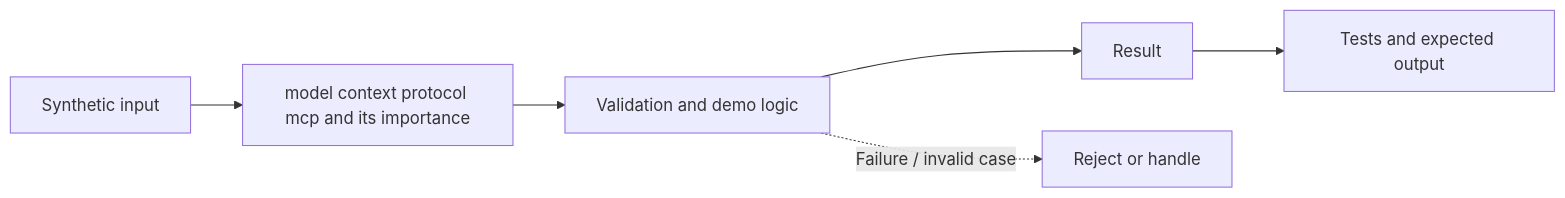
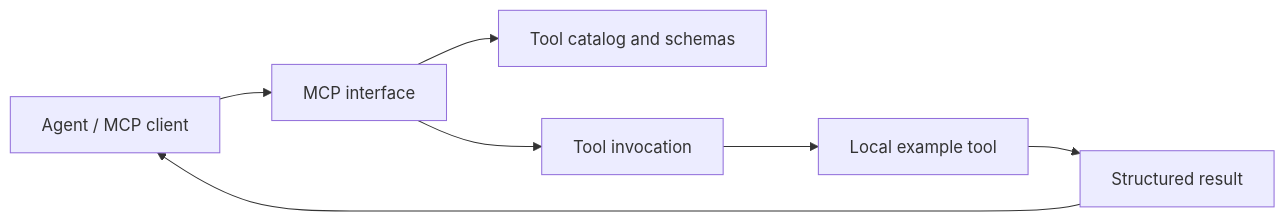
The diagram in docs/architecture.md (akkhil2012/AgenticSamplesPrincipalEngineer), drawn with Mermaid before and after one commit. The commit also changed other lines of this file, not shown here.

Commit message:
docs: add concept-specific architecture flow

````diff
--- a/docs/architecture.md
+++ b/docs/architecture.md
@@ -3,8 +5,9 @@
 ```mermaid
 flowchart LR
- A["Synthetic input"] --> B["model context protocol mcp and its importance"]
- B --> C["Validation and demo logic"]
- C --> D["Result"]
- C -. "Failure / invalid case" .-> E["Reject or handle"]
- D --> F["Tests and expected output"]
+ A["Agent / MCP client"] --> B["MCP interface"]
+ B --> C["Tool catalog and schemas"]
+ B --> D["Tool invocation"]
+ D --> E["Local example tool"]
+ E --> F["Structured result"]
+ F --> A
 ```
````
